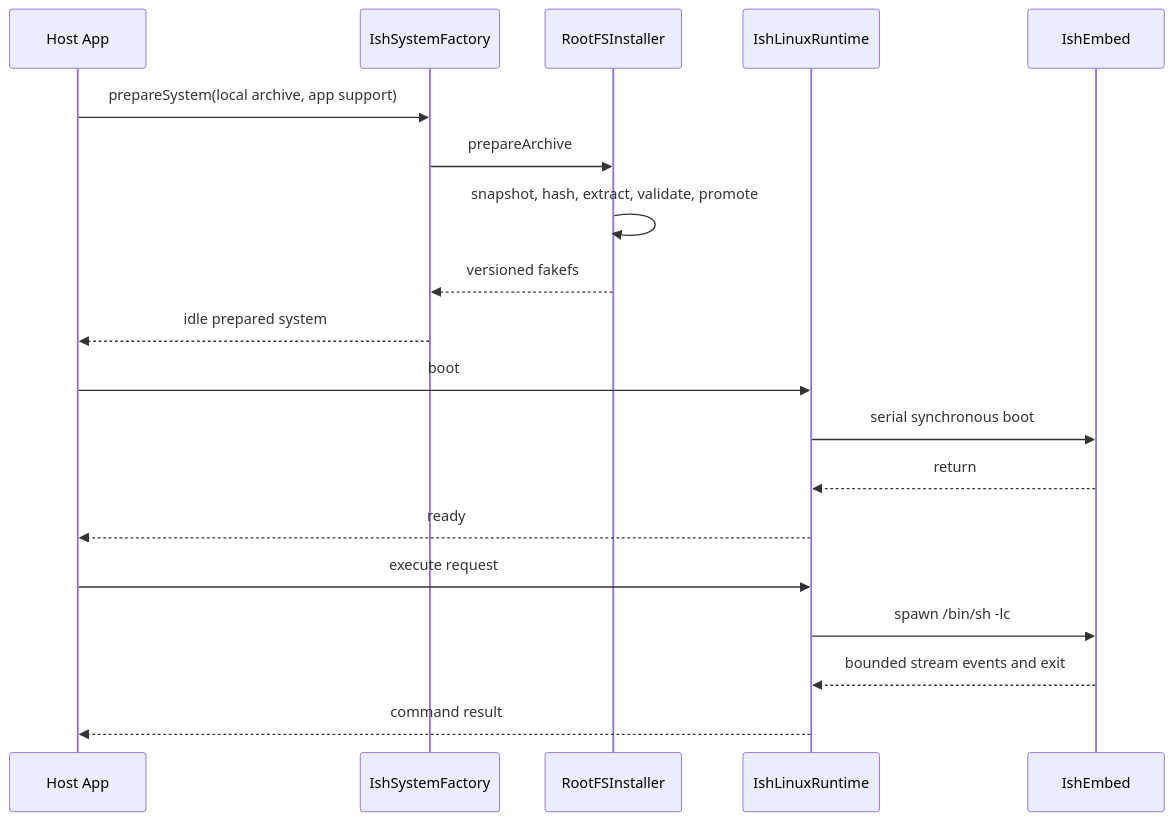
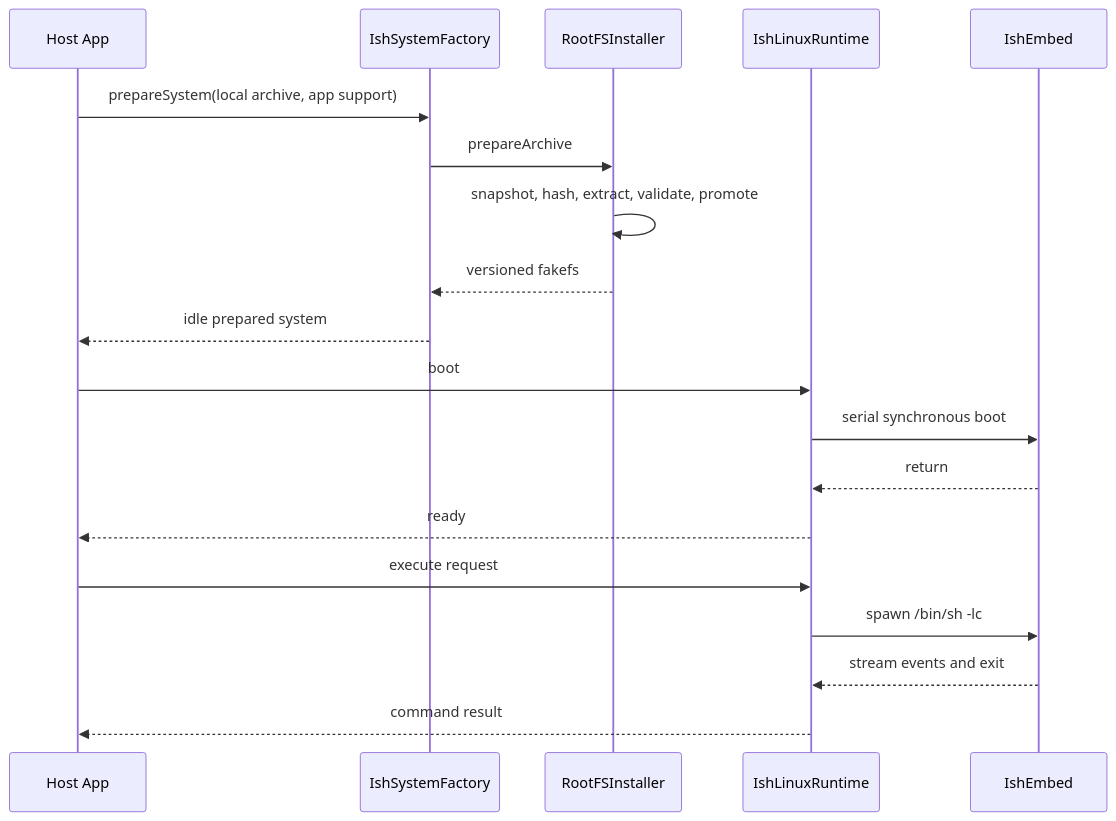
One commit to jacklv-coder/PocketRoot changed the second of 3 diagrams in Docs/en/Architecture.md. Above: the diagram before and after it, drawn with Mermaid. The commit also changed other lines of this file and 19 other files, not shown here.

````diff
--- a/Docs/en/Architecture.md
+++ b/Docs/en/Architecture.md
@@ -86,21 +86,21 @@
 ```mermaid
 sequenceDiagram
     participant App as Host App
     participant Factory as IshSystemFactory
     participant Installer as RootFSInstaller
     participant Runtime as IshLinuxRuntime
     participant Native as IshEmbed
     App->>Factory: prepareSystem(local archive, app support)
     Factory->>Installer: prepareArchive
     Installer->>Installer: snapshot, hash, extract, validate, promote
     Installer-->>Factory: versioned fakefs
     Factory-->>App: idle prepared system
     App->>Runtime: boot
     Runtime->>Native: serial synchronous boot
     Native-->>Runtime: return
     Runtime-->>App: ready
     App->>Runtime: execute request
     Runtime->>Native: spawn /bin/sh -lc
-    Native-->>Runtime: bounded stream events and exit
+    Native-->>Runtime: stream events and exit
     Runtime-->>App: command result
 ```
````
